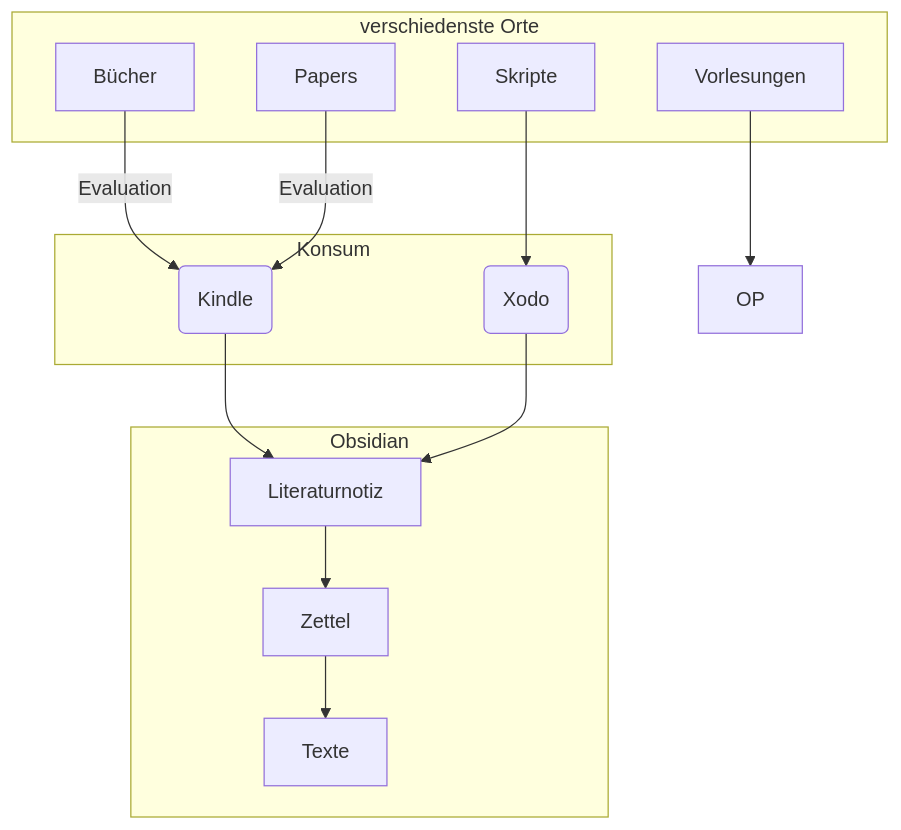
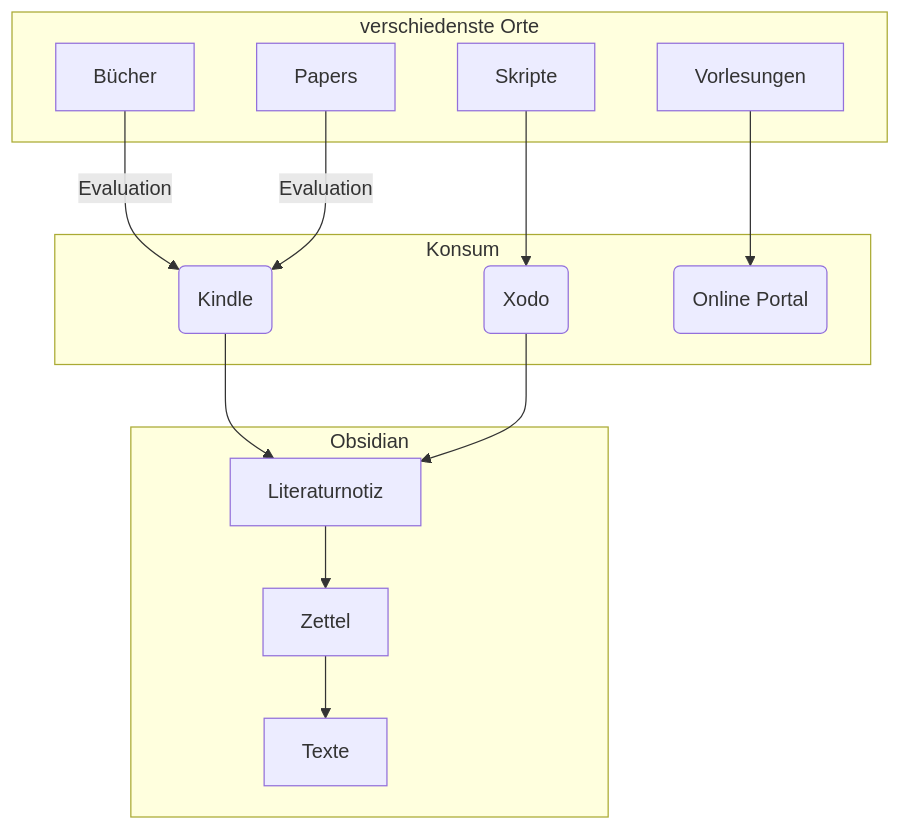
One commit to julianstoerig/zettelkasten changed the diagram in System/Informationsverarbeitung.md. Above: the diagram before and after it, drawn with Mermaid. The commit also changed 1 other file, not shown here.

Commit message:
automatic version-control: 2021-01-11 22:58:37

````diff
--- a/System/Informationsverarbeitung.md
+++ b/System/Informationsverarbeitung.md
@@ -1,40 +1,41 @@
 ```mermaid
 graph TB;
 
 B["Bücher"]
 S["Skripte"]
 V["Vorlesungen"]
 P["Papers"]
 
 K("Kindle")
 X("Xodo")
-
+OP("Online Portal")
 
 L["Literaturnotiz"]
 Z["Zettel"]
 T["Texte"]
 
 subgraph verschiedenste Orte
 	B
 	P
 	S
 	V
 end
 
 B & P -->|Evaluation| K
 S --> X
 V --> OP
 
 subgraph Konsum
 	K
 	X
+	OP
 end
 
 K --> L
 X --> L
 
 subgraph Obsidian	
 	L --> Z
 	Z --> T
 end
 ```
````
